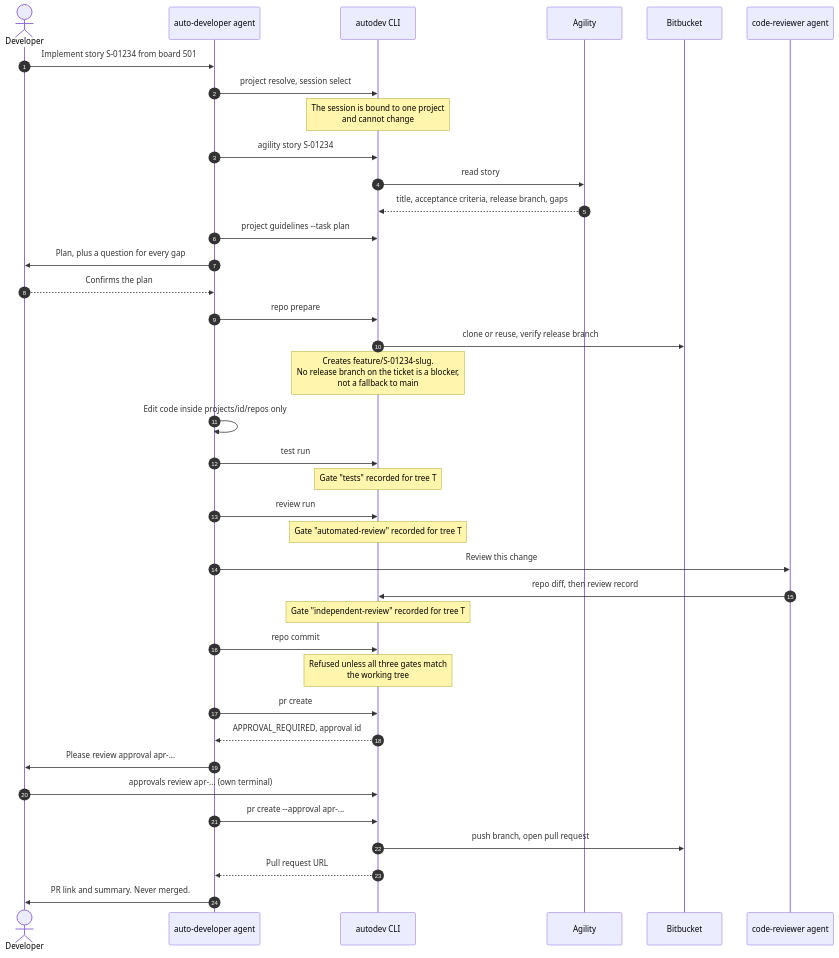
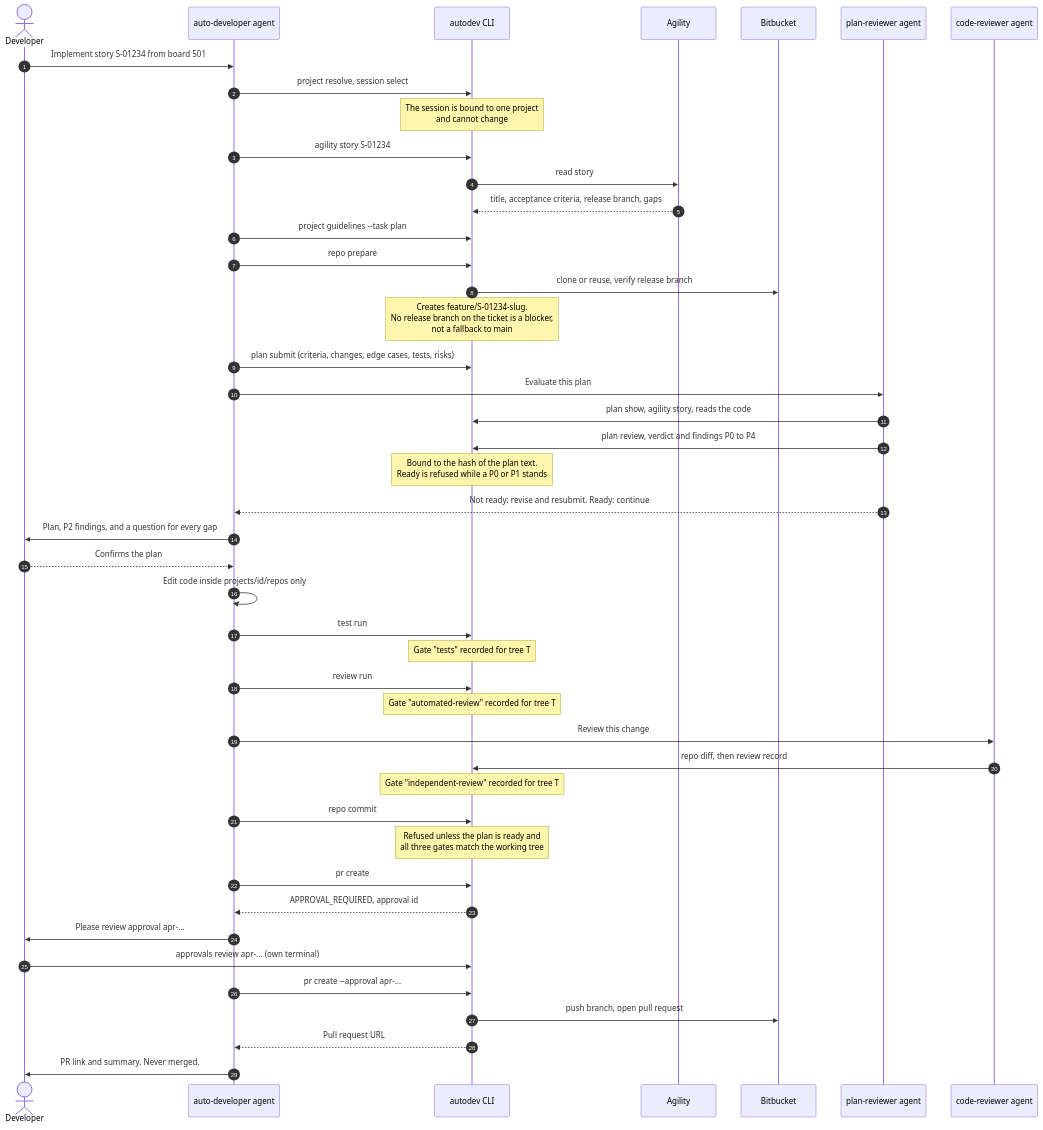
One commit to balapininti/Copilot-CLI-Auto-Developer changed the fifth of 14 diagrams in docs/diagrams.md. Above: the diagram before and after it, drawn with Mermaid. The commit also changed other lines of this file and 25 other files, not shown here.

First line of the commit message:
Require an independently evaluated plan before code is committed

````diff
--- a/docs/diagrams.md
+++ b/docs/diagrams.md
@@ -160,41 +160,48 @@
 ```mermaid
 sequenceDiagram
     autonumber
     actor Dev as Developer
     participant AD as auto-developer agent
     participant CLI as autodev CLI
     participant AG as Agility
     participant BB as Bitbucket
+    participant PR as plan-reviewer agent
     participant RV as code-reviewer agent
 
     Dev->>AD: Implement story S-01234 from board 501
     AD->>CLI: project resolve, session select
     Note over CLI: The session is bound to one project<br/>and cannot change
     AD->>CLI: agility story S-01234
     CLI->>AG: read story
     AG-->>CLI: title, acceptance criteria, release branch, gaps
     AD->>CLI: project guidelines --task plan
-    AD->>Dev: Plan, plus a question for every gap
-    Dev-->>AD: Confirms the plan
     AD->>CLI: repo prepare
     CLI->>BB: clone or reuse, verify release branch
     Note over CLI: Creates feature/S-01234-slug.<br/>No release branch on the ticket is a blocker,<br/>not a fallback to main
+    AD->>CLI: plan submit (criteria, changes, edge cases, tests, risks)
+    AD->>PR: Evaluate this plan
+    PR->>CLI: plan show, agility story, reads the code
+    PR->>CLI: plan review, verdict and findings P0 to P4
+    Note over CLI: Bound to the hash of the plan text.<br/>Ready is refused while a P0 or P1 stands
+    PR-->>AD: Not ready: revise and resubmit. Ready: continue
+    AD->>Dev: Plan, P2 findings, and a question for every gap
+    Dev-->>AD: Confirms the plan
     AD->>AD: Edit code inside projects/id/repos only
     AD->>CLI: test run
     Note over CLI: Gate "tests" recorded for tree T
     AD->>CLI: review run
     Note over CLI: Gate "automated-review" recorded for tree T
     AD->>RV: Review this change
     RV->>CLI: repo diff, then review record
     Note over CLI: Gate "independent-review" recorded for tree T
     AD->>CLI: repo commit
-    Note over CLI: Refused unless all three gates match<br/>the working tree
+    Note over CLI: Refused unless the plan is ready and<br/>all three gates match the working tree
     AD->>CLI: pr create
     CLI-->>AD: APPROVAL_REQUIRED, approval id
     AD->>Dev: Please review approval apr-...
     Dev->>CLI: approvals review apr-... (own terminal)
     AD->>CLI: pr create --approval apr-...
     CLI->>BB: push branch, open pull request
     CLI-->>AD: Pull request URL
     AD->>Dev: PR link and summary. Never merged.
 ```
````
